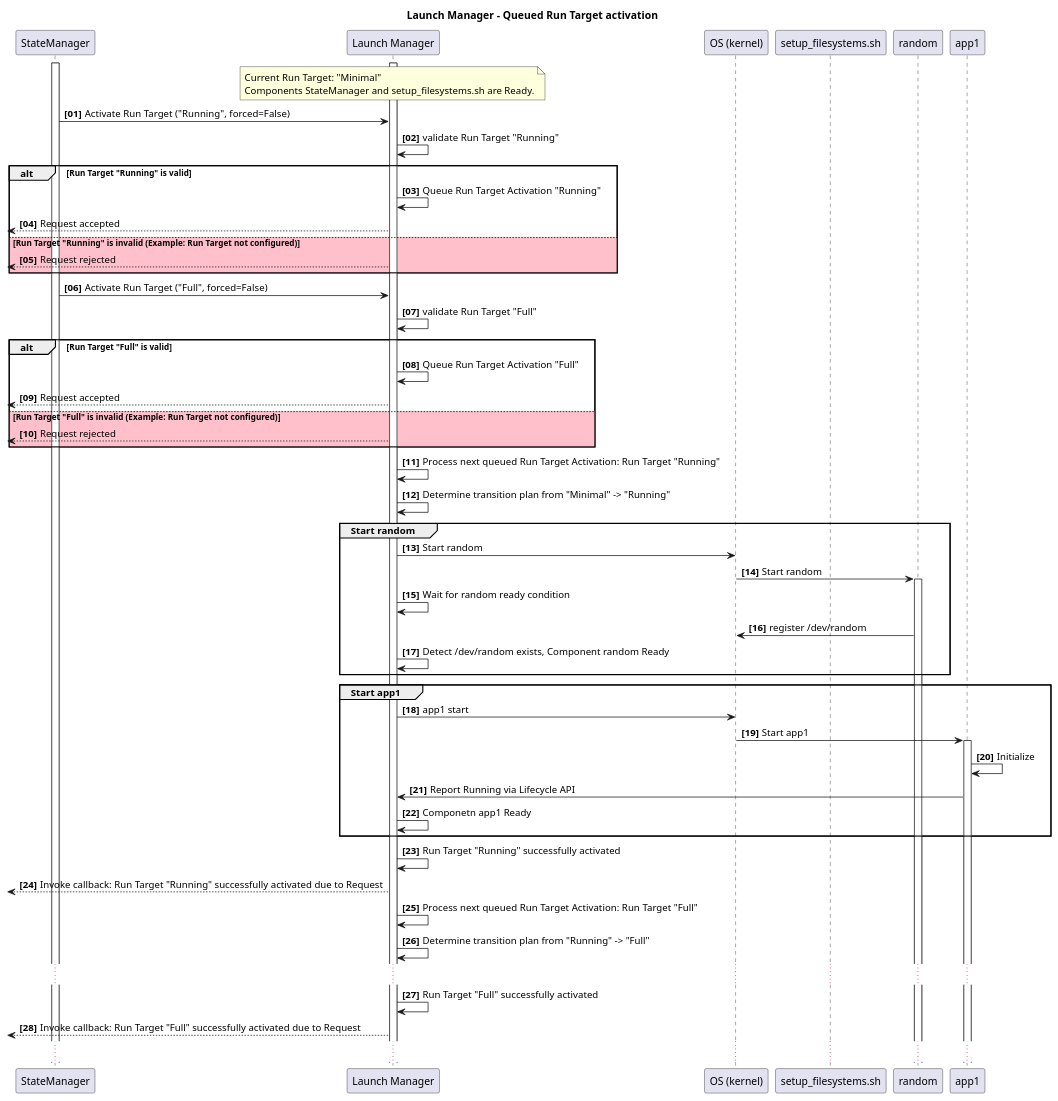
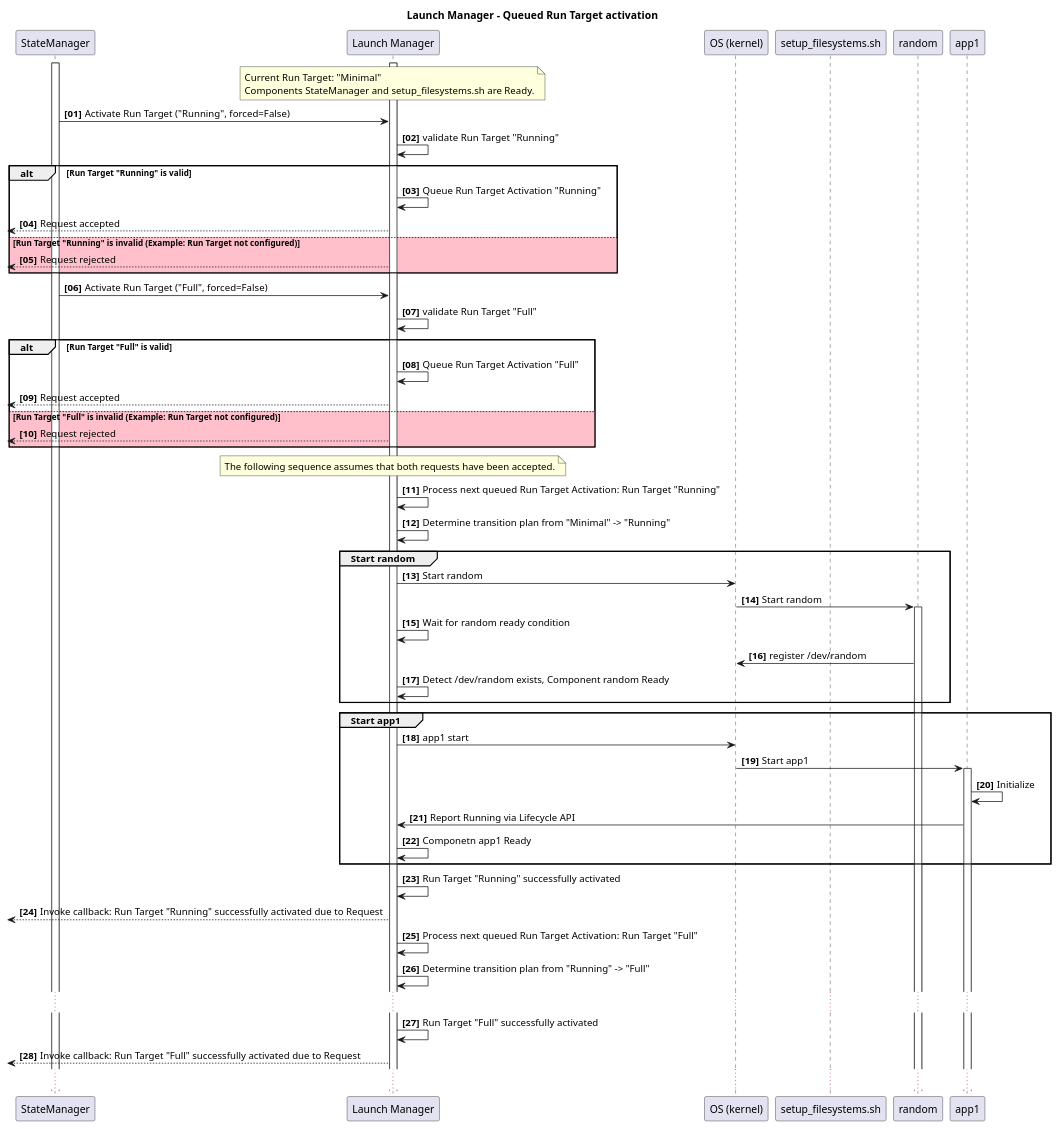
Before and after one commit to eclipse-score/lifecycle: the diagram in docs/features/lifecycle/architecture/_assets/control_interface_queued_activation.puml, drawn with PlantUML. The commit also changed 6 other files, not shown here.

```diff
--- a/docs/features/lifecycle/architecture/_assets/control_interface_queued_activation.puml
+++ b/docs/features/lifecycle/architecture/_assets/control_interface_queued_activation.puml
@@ -14,71 +14,75 @@
 @startuml
 title Launch Manager - Queued Run Target activation
 
 autonumber "<b>[00]"
 
 participant "StateManager" as sm
 participant "Launch Manager" as LM
 participant "OS (kernel)" as kernel
 participant "setup_filesystems.sh" as fs
 participant "random" as ran
 participant "app1" as app1
 
 activate LM
 activate sm
 
 note over LM
 Current Run Target: "Minimal"
 Components StateManager and setup_filesystems.sh are Ready.
 end note
 
 sm -> LM : Activate Run Target ("Running", forced=False)
 LM -> LM: validate Run Target "Running"
 alt #White Run Target "Running" is valid
     LM -> LM: Queue Run Target Activation "Running"
     [<-- LM: Request accepted
 else #Pink Run Target "Running" is invalid (Example: Run Target not configured)
     [<-- LM: Request rejected
 end alt
 
 sm -> LM : Activate Run Target ("Full", forced=False)
 LM -> LM: validate Run Target "Full"
 alt #White Run Target "Full" is valid
     LM -> LM: Queue Run Target Activation "Full"
     [<-- LM: Request accepted
 else #Pink Run Target "Full" is invalid (Example: Run Target not configured)
     [<-- LM: Request rejected
 end alt
 
+note over LM
+The following sequence assumes that both requests have been accepted.
+end note
+
 LM -> LM: Process next queued Run Target Activation: Run Target "Running"
 LM -> LM: Determine transition plan from "Minimal" -> "Running"
 
 group #White Start random
 LM -> kernel : Start random
 kernel -> ran ++ : Start random
 LM -> LM : Wait for random ready condition
 ran -> kernel : register /dev/random
 LM -> LM : Detect /dev/random exists, Component random Ready
 end group
 
 group #White Start app1
     LM -> kernel : app1 start
     kernel -> app1 ++ : Start app1
     app1 -> app1 : Initialize
     app1 -> LM : Report Running via Lifecycle API
     LM -> LM : Componetn app1 Ready
 end group
 
 LM -> LM: Run Target "Running" successfully activated
 [<-- LM: Invoke callback: Run Target "Running" successfully activated due to Request
 
 LM -> LM: Process next queued Run Target Activation: Run Target "Full"
 LM -> LM: Determine transition plan from "Running" -> "Full"
 
 ...
 
 LM -> LM: Run Target "Full" successfully activated
 [<-- LM: Invoke callback: Run Target "Full" successfully activated due to Request
 
 
 ...
 @enduml
```
